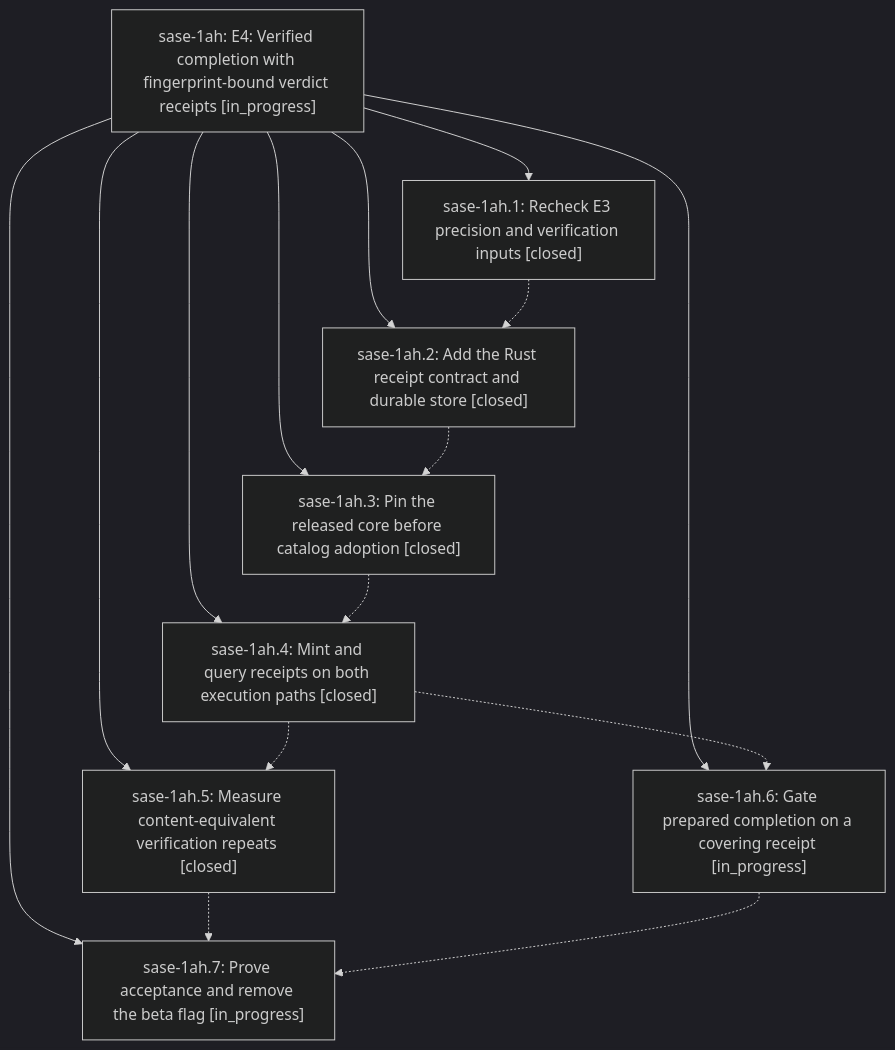
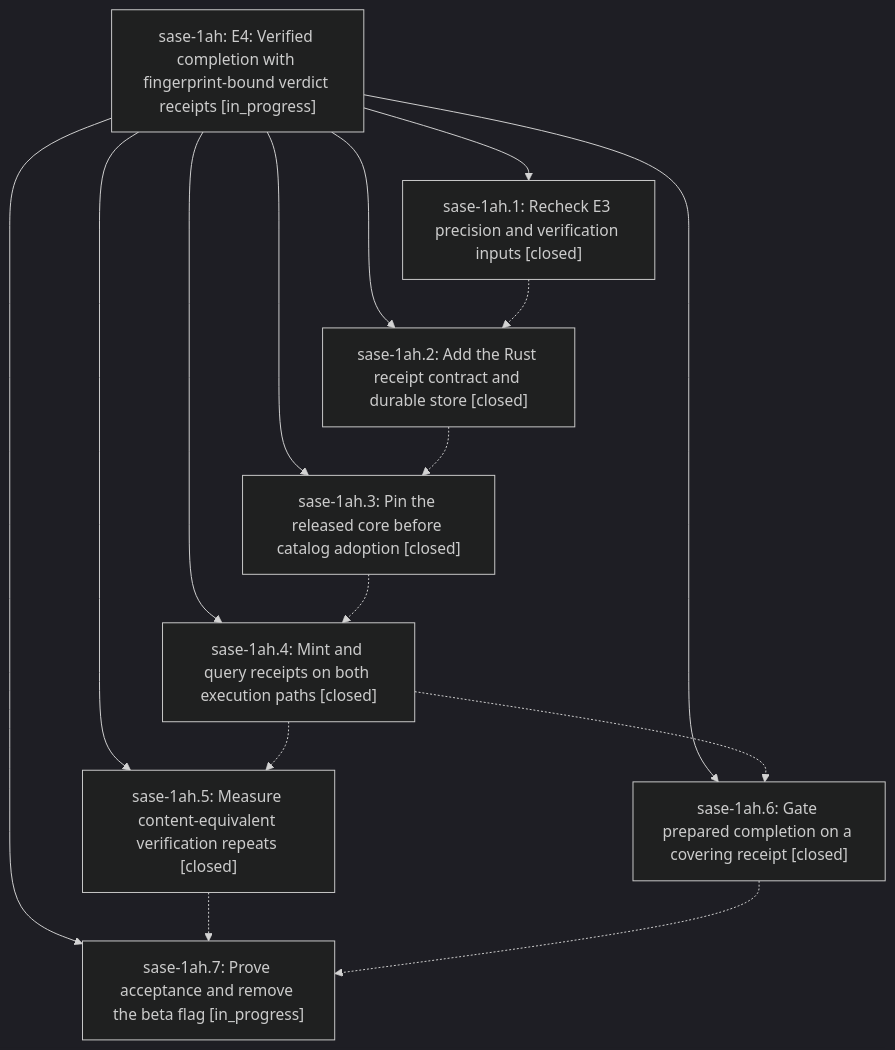
Before and after one commit to sase-org/sase--beads: the diagram in pages/sase-1ah/README.md, drawn with Mermaid (dark theme). The commit also changed other lines of this file and 3 other files, not shown here.

````diff
--- a/pages/sase-1ah/README.md
+++ b/pages/sase-1ah/README.md
@@ -28,25 +28,25 @@
 ```mermaid
 flowchart TD
     n0["sase-1ah: E4: Verified completion with fingerprint-bound verdict receipts [in_progress]"]
     n1["sase-1ah.1: Recheck E3 precision and verification inputs [closed]"]
     n2["sase-1ah.2: Add the Rust receipt contract and durable store [closed]"]
     n3["sase-1ah.3: Pin the released core before catalog adoption [closed]"]
     n4["sase-1ah.4: Mint and query receipts on both execution paths [closed]"]
     n5["sase-1ah.5: Measure content-equivalent verification repeats [closed]"]
-    n6["sase-1ah.6: Gate prepared completion on a covering receipt [in_progress]"]
+    n6["sase-1ah.6: Gate prepared completion on a covering receipt [closed]"]
     n7["sase-1ah.7: Prove acceptance and remove the beta flag [in_progress]"]
     n0 --> n1
     n0 --> n2
     n0 --> n3
     n0 --> n4
     n0 --> n5
     n0 --> n6
     n0 --> n7
     n1 -.-> n2
     n2 -.-> n3
     n3 -.-> n4
     n4 -.-> n5
     n4 -.-> n6
     n5 -.-> n7
     n6 -.-> n7
 ```
````
